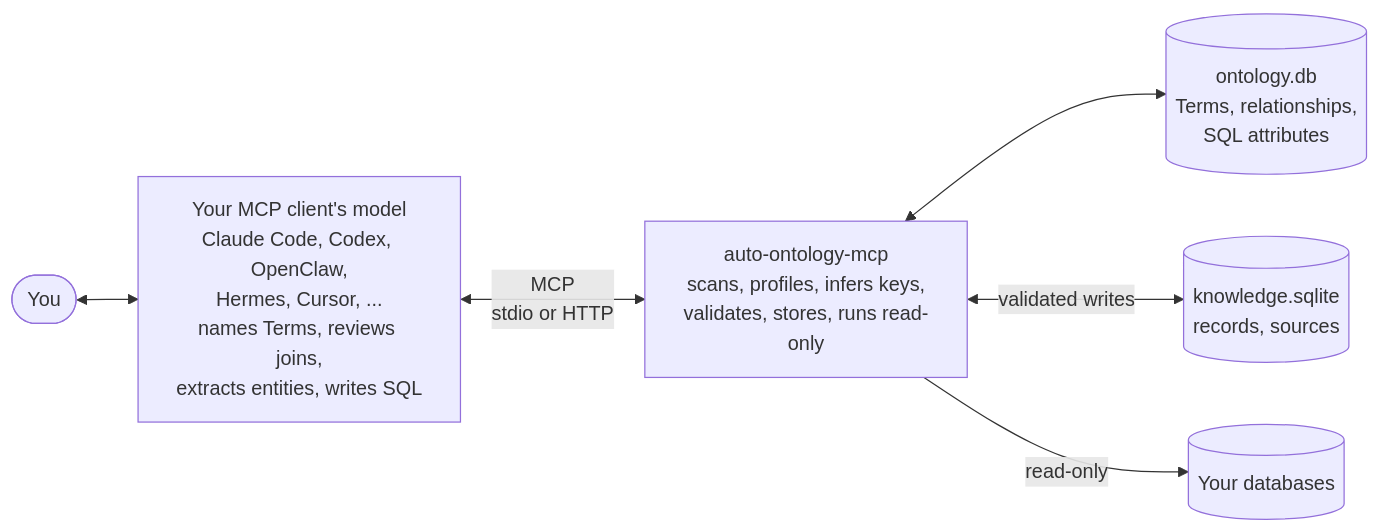
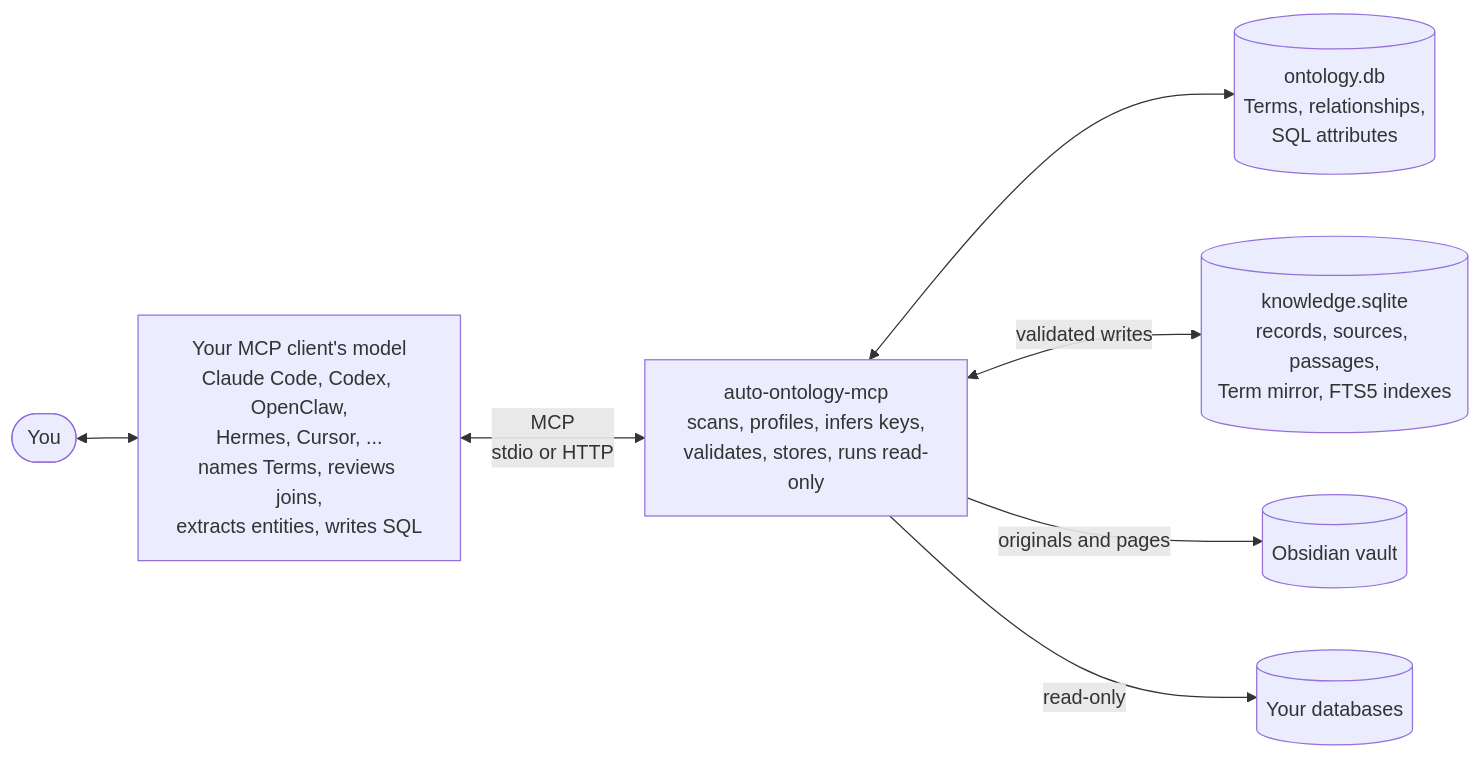
Before and after one commit to Bill0538/auto-ontology-mcp: the diagram in README.md, drawn with Mermaid. The commit also changed other lines of this file and 15 other files, not shown here.

First line of the commit message:
Full-text passages, SQL over the concept graph, originals in Obsidian, and three demos (#1)

````diff
--- a/README.md
+++ b/README.md
@@ -406,8 +537,9 @@
 ```mermaid
 flowchart LR
     U([You]) <--> M["Your MCP client's model<br/>Claude Code, Codex, OpenClaw,<br/>Hermes, Cursor, ...<br/>names Terms, reviews joins,<br/>extracts entities, writes SQL"]
     M <-- "MCP<br/>stdio or HTTP" --> S["auto-ontology-mcp<br/>scans, profiles, infers keys,<br/>validates, stores, runs read-only"]
     S <--> O[("ontology.db<br/>Terms, relationships,<br/>SQL attributes")]
-    S <-- "validated writes" --> K[("knowledge.sqlite<br/>records, sources")]
+    S <-- "validated writes" --> K[("knowledge.sqlite<br/>records, sources, passages,<br/>Term mirror, FTS5 indexes")]
+    S -- "originals and pages" --> V[("Obsidian vault")]
     S -- "read-only" --> D[("Your databases")]
 ```
````
